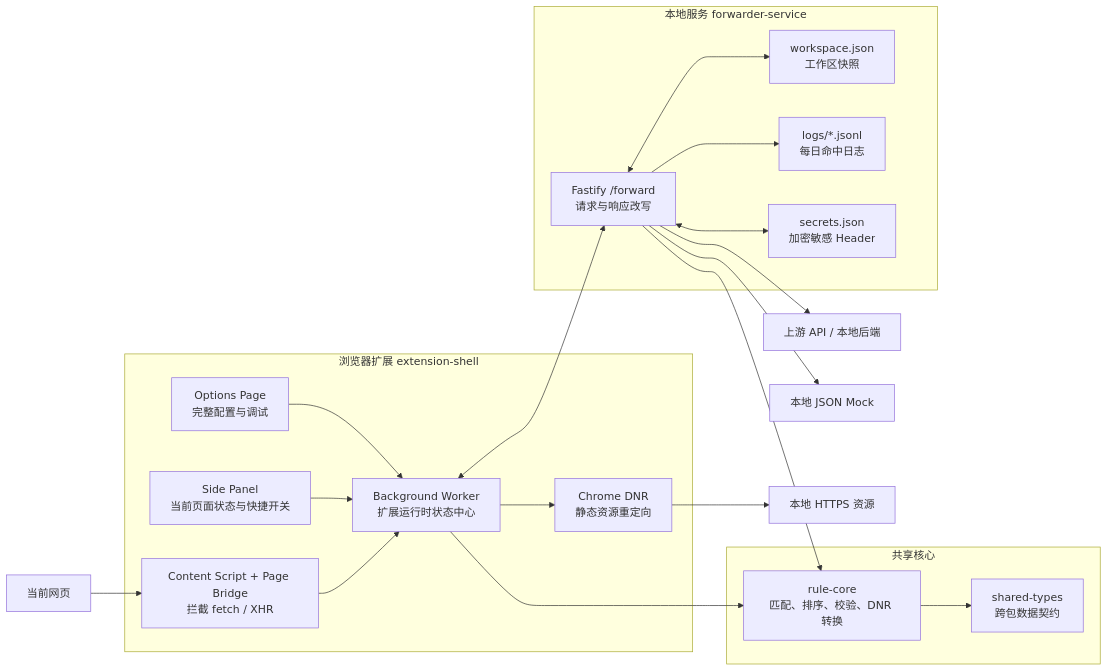
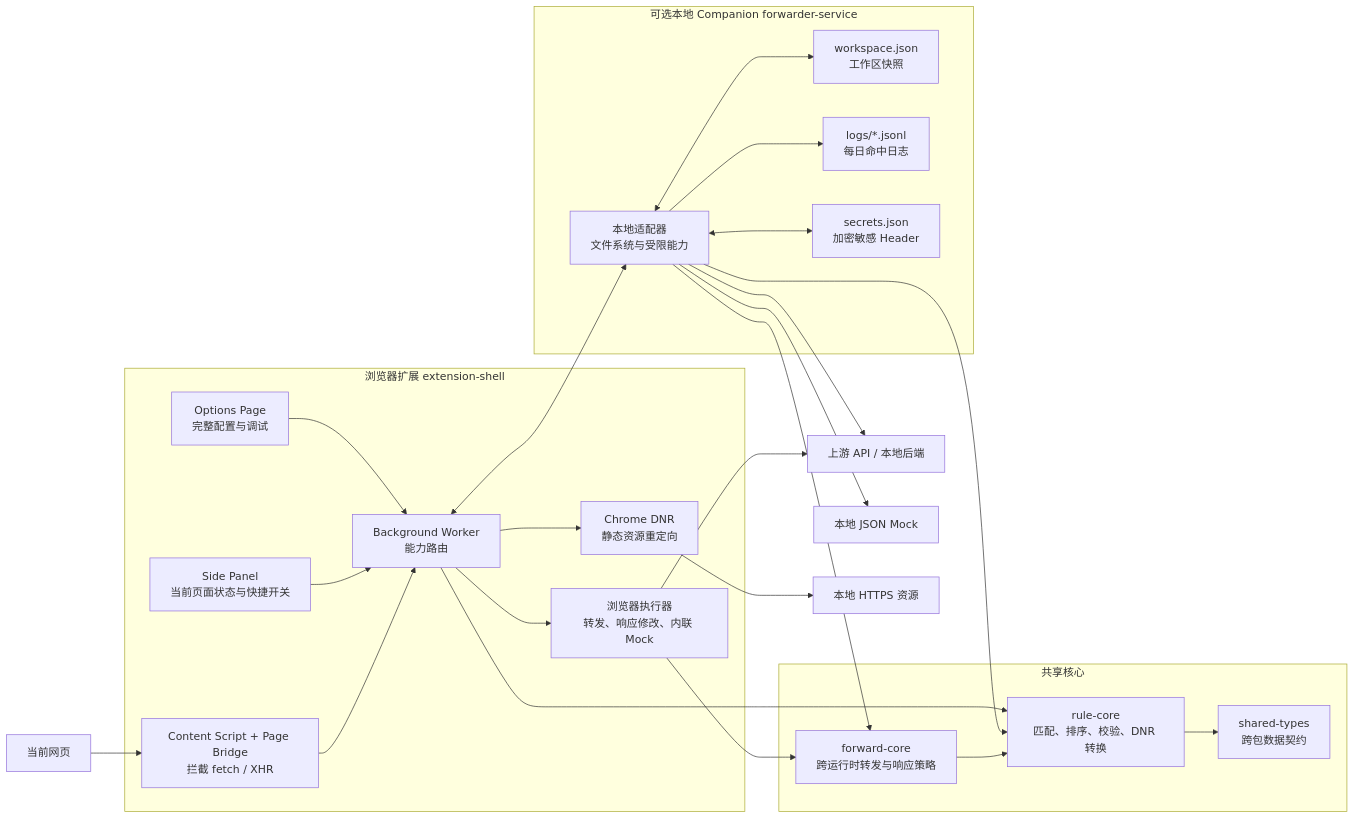
The first of 2 diagrams in README.zh-CN.md (real-jacket/resource-forwarder), drawn with Mermaid before and after one commit. The commit also changed other lines of this file and 28 other files, not shown here.

````diff
--- a/README.zh-CN.md
+++ b/README.zh-CN.md
@@ -86,43 +85,50 @@
 ```mermaid
 flowchart LR
   subgraph Extension["浏览器扩展 extension-shell"]
     Options["Options Page<br/>完整配置与调试"]
     SidePanel["Side Panel<br/>当前页面状态与快捷开关"]
-    Background["Background Worker<br/>扩展运行时状态中心"]
+    Background["Background Worker<br/>能力路由"]
+    BrowserExecutor["浏览器执行器<br/>转发、响应修改、内联 Mock"]
     Bridge["Content Script + Page Bridge<br/>拦截 fetch / XHR"]
     DNR["Chrome DNR<br/>静态资源重定向"]
   end
 
   subgraph Core["共享核心"]
     Types["shared-types<br/>跨包数据契约"]
     RuleCore["rule-core<br/>匹配、排序、校验、DNR 转换"]
+    ForwardCore["forward-core<br/>跨运行时转发与响应策略"]
   end
 
-  subgraph Service["本地服务 forwarder-service"]
-    Forward["Fastify /forward<br/>请求与响应改写"]
+  subgraph Service["可选本地 Companion forwarder-service"]
+    Forward["本地适配器<br/>文件系统与受限能力"]
     Workspace["workspace.json<br/>工作区快照"]
     Logs["logs/*.jsonl<br/>每日命中日志"]
     Secrets["secrets.json<br/>加密敏感 Header"]
   end
 
   Page["当前网页"]
   Upstream["上游 API / 本地后端"]
   MockFile["本地 JSON Mock"]
   Assets["本地 HTTPS 资源"]
 
   Options --> Background
   SidePanel --> Background
   Page --> Bridge
   Bridge --> Background
   Background --> DNR
+  Background --> BrowserExecutor
   Background <--> Forward
   Background --> RuleCore
   Forward --> RuleCore
+  BrowserExecutor --> ForwardCore
+  Forward --> ForwardCore
   RuleCore --> Types
+  ForwardCore --> RuleCore
   Forward <--> Workspace
   Forward --> Logs
   Forward <--> Secrets
   DNR --> Assets
+  BrowserExecutor --> Upstream
   Forward --> Upstream
   Forward --> MockFile
 ```
````
